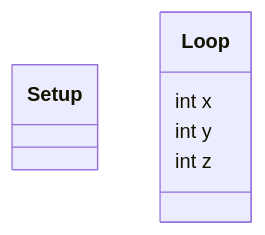
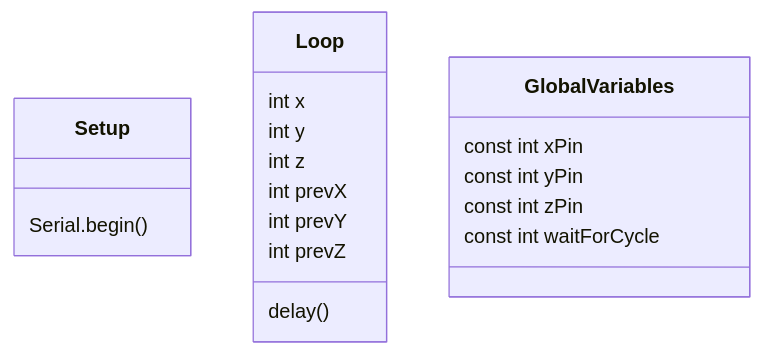
One commit to bczuniga/CS530-Laundry-Timer changed the diagram in UML Diagram.md. Above: the diagram before and after it, drawn with Mermaid.

Commit message:
Added global variables, setup functions and more variables to loop

````diff
--- a/UML Diagram.md
+++ b/UML Diagram.md
@@ -3,14 +3,28 @@
 ```mermaid
 classDiagram
 
     class Setup {
-    
+        Serial.begin()
 }
 
     class Loop {
         int x
         int y
         int z
+        
+        int prevX
+        int prevY
+        int prevZ
+        
+        delay()
+
+}
+
+    class GlobalVariables {
+        const int xPin
+        const int yPin
+        const int zPin
+        const int waitForCycle
 }
 
 ```
````
